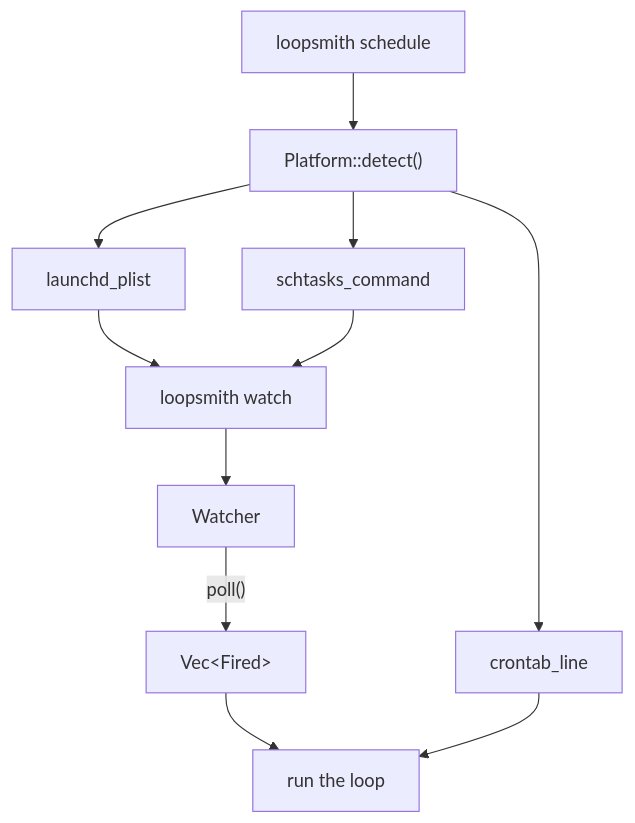
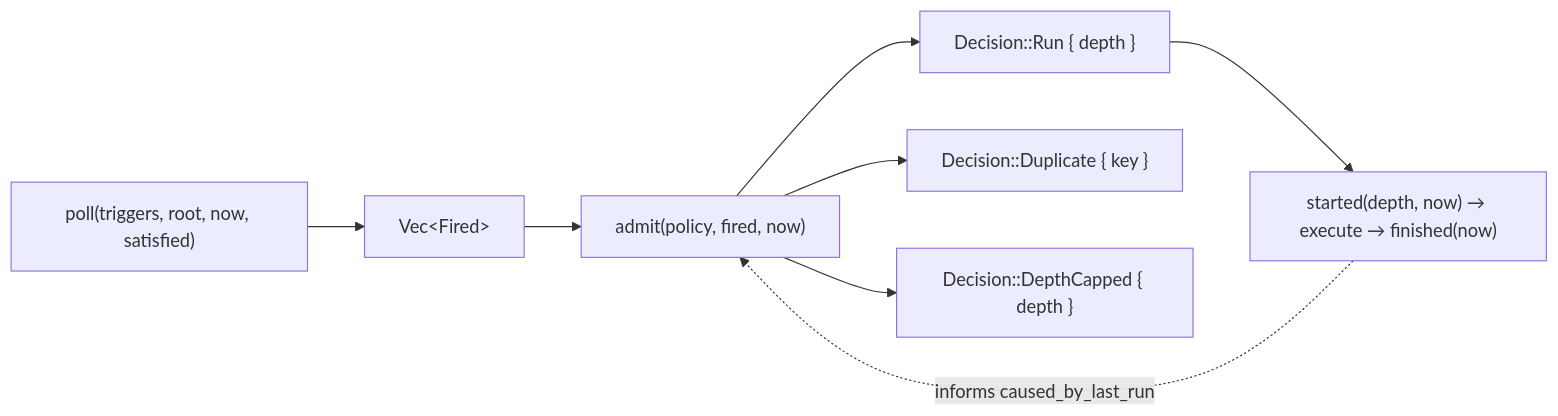
The first of 2 diagrams in wiki/scheduling-triggers.md (bitphill/loopsmith), drawn with Mermaid before and after one commit. The commit also changed other lines of this file and 30 other files, not shown here.

````diff
--- a/wiki/scheduling-triggers.md
+++ b/wiki/scheduling-triggers.md
@@ -16,13 +54,10 @@
 ```mermaid
-graph TD
-    W["loopsmith watch"] --> Watcher
-    Watcher -->|"poll()"| Fired["Vec&lt;Fired&gt;"]
-    Fired --> Run["run the loop"]
-    S["loopsmith schedule"] --> Detect["Platform::detect()"]
-    Detect --> launchd_plist
-    Detect --> schtasks_command
-    Detect --> crontab_line
-    launchd_plist --> W
-    schtasks_command --> W
-    crontab_line --> Run
+flowchart LR
+    P["poll(triggers, root, now, satisfied)"] --> F["Vec&lt;Fired&gt;"]
+    F --> A["admit(policy, fired, now)"]
+    A --> R["Decision::Run { depth }"]
+    A --> D["Decision::Duplicate { key }"]
+    A --> C["Decision::DepthCapped { depth }"]
+    R --> S["started(depth, now) → execute → finished(now)"]
+    S -.->|"informs caused_by_last_run"| A
 ```
````
